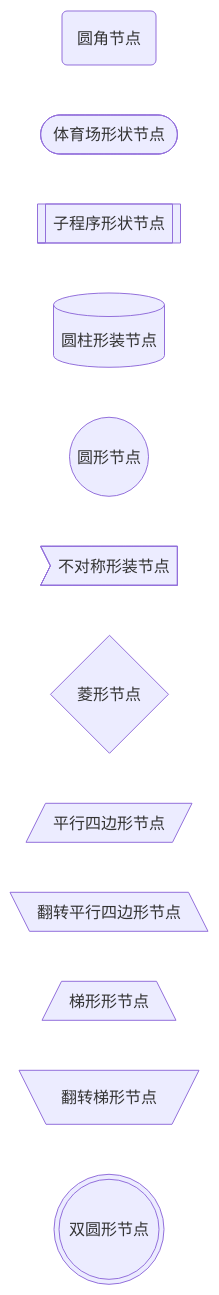
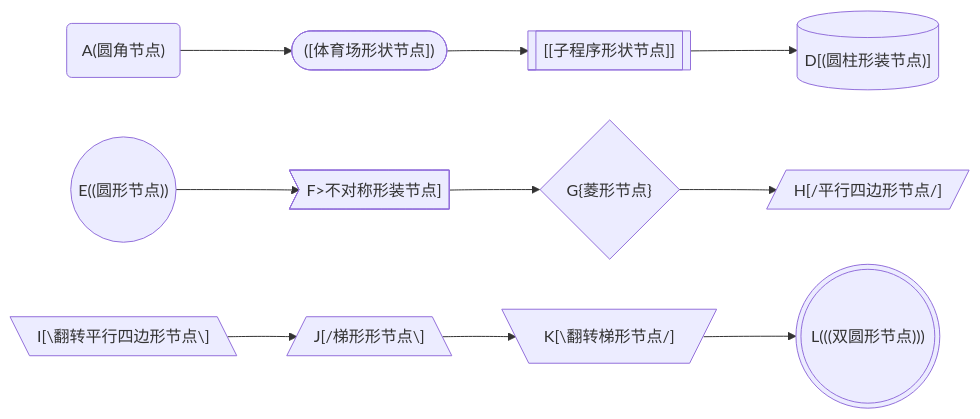
The fourth of 5 diagrams in _posts/2025-09-02-jekyll_plugin.md (liulong0125/liulong0125.github.io), drawn with Mermaid before and after one commit. The commit also changed other lines of this file and 2 other files, not shown here.

Commit message:
流程图更新

````diff
--- a/_posts/2025-09-02-jekyll_plugin.md
+++ b/_posts/2025-09-02-jekyll_plugin.md
@@ -148,15 +137,19 @@
 ```mermaid
 flowchart LR
-  节点1(圆角节点)
-  节点2([体育场形状节点])
-  节点3[[子程序形状节点]]
-  节点4[(圆柱形装节点)]
-  节点5((圆形节点))
-  节点6>不对称形装节点]
-  节点7{菱形节点}
-  节点8[/平行四边形节点/]
-  节点9[\翻转平行四边形节点\]
-  节点10[/梯形形节点\]
-  节点11[\翻转梯形节点/]
-  节点12(((双圆形节点)))
+  A("A(圆角节点)")
+  B(["([体育场形状节点])"])
+  C[["[[子程序形状节点]]"]]
+  D[("D[(圆柱形装节点)]")]
+  E(("E((圆形节点))"))
+  F>"F>不对称形装节点]"]
+  G{"G{菱形节点}"}
+  H[/"H[/平行四边形节点/]"/]
+  I[\"I[\翻转平行四边形节点\]"\]
+  J[/"J[/梯形形节点\]"\]
+  K[\"K[\翻转梯形节点/]"/]
+  L((("L(((双圆形节点)))")))
+
+  A --> B --> C --> D
+  E --> F --> G --> H
+  I --> J --> K --> L
 ```
````
